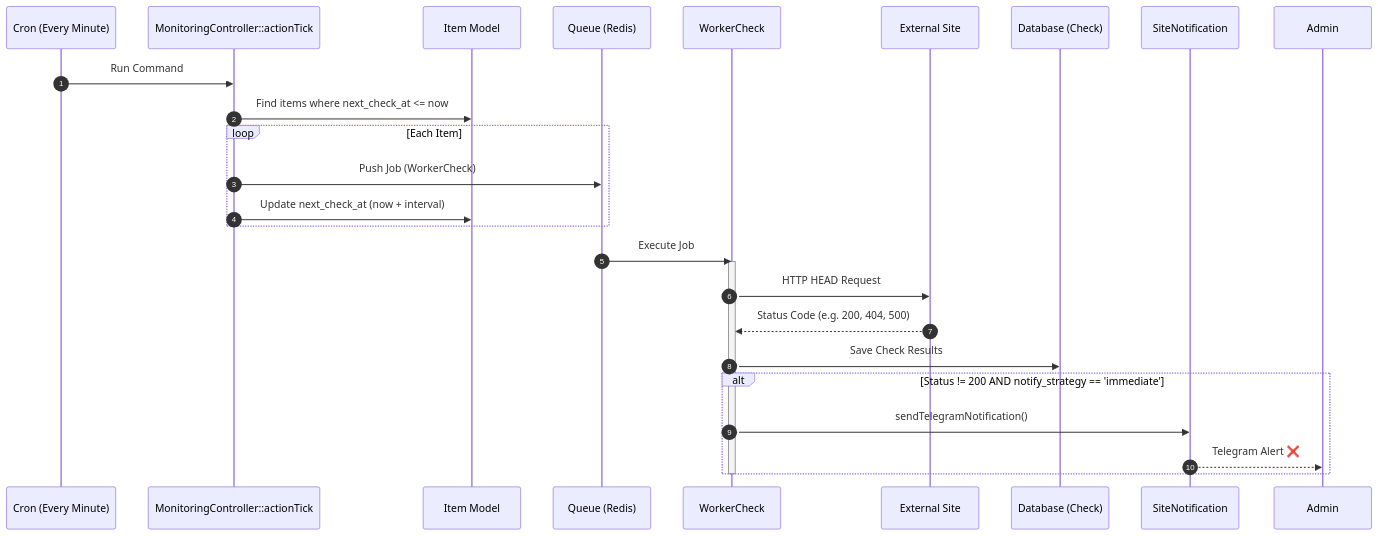
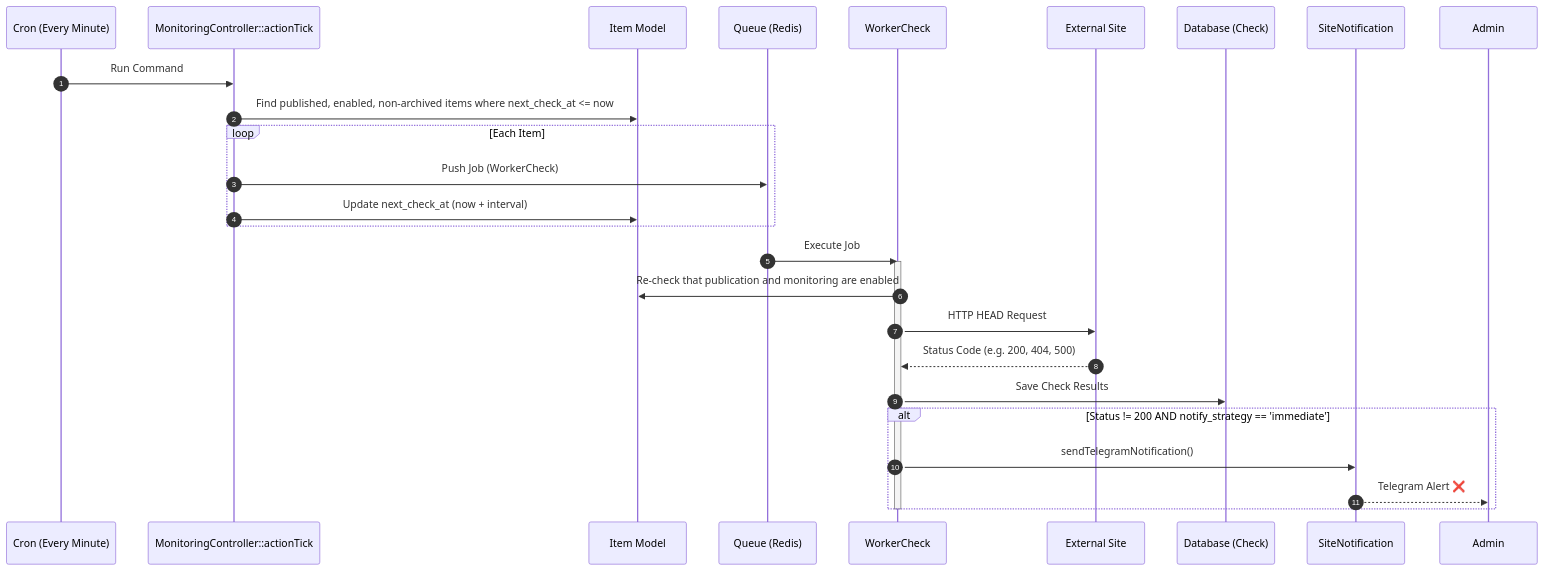
One commit to yarops/sitemanager changed the diagram in docs/developer/check-mechanism.md. Above: the diagram before and after it, drawn with Mermaid. The commit also changed other lines of this file and 15 other files, not shown here.

````diff
--- a/docs/developer/check-mechanism.md
+++ b/docs/developer/check-mechanism.md
@@ -16,31 +16,32 @@
 ```mermaid
 sequenceDiagram
     autonumber
     participant Cron as Cron (Every Minute)
     participant Tick as MonitoringController::actionTick
     participant Item as Item Model
     participant Queue as Queue (Redis)
     participant Worker as WorkerCheck
     participant Site as External Site
     participant DB as Database (Check)
     participant Notif as SiteNotification
 
     Cron->>Tick: Run Command
-    Tick->>Item: Find items where next_check_at <= now
+    Tick->>Item: Find published, enabled, non-archived items where next_check_at <= now
     loop Each Item
         Tick->>Queue: Push Job (WorkerCheck)
         Tick->>Item: Update next_check_at (now + interval)
     end
     
     Queue->>Worker: Execute Job
     activate Worker
+    Worker->>Item: Re-check that publication and monitoring are enabled
     Worker->>Site: HTTP HEAD Request
     Site-->>Worker: Status Code (e.g. 200, 404, 500)
     Worker->>DB: Save Check Results
     
     alt Status != 200 AND notify_strategy == 'immediate'
         Worker->>Notif: sendTelegramNotification()
         Notif-->>Admin: Telegram Alert ❌
     end
     deactivate Worker
 ```
````
